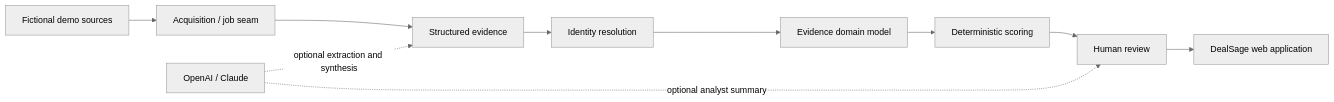
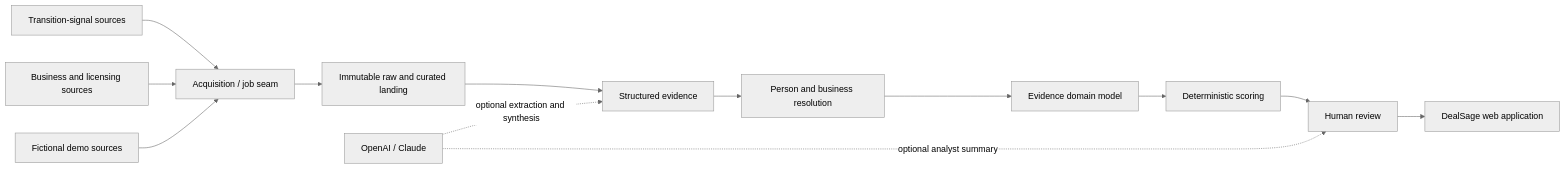
The diagram in docs/architecture/architecture.md (davejensen34/deal-sage), drawn with Mermaid (neutral theme) before and after one commit. The commit also changed other lines of this file and 14 other files, not shown here.

Commit message:
feat: add signal-first curated evidence landing (#23)

````diff
--- a/docs/architecture/architecture.md
+++ b/docs/architecture/architecture.md
@@ -5,12 +5,15 @@
 ```mermaid
 flowchart LR
-  Seed[Fictional demo sources] --> Jobs[Acquisition / job seam]
-  Jobs --> Extract[Structured evidence]
-  Extract --> Resolve[Identity resolution]
+  Signal[Transition-signal sources] --> Jobs[Acquisition / job seam]
+  Registry[Business and licensing sources] --> Jobs
+  Seed[Fictional demo sources] --> Jobs
+  Jobs --> Landing[Immutable raw and curated landing]
+  Landing --> Extract[Structured evidence]
+  Extract --> Resolve[Person and business resolution]
   Resolve --> Graph[Evidence domain model]
   Graph --> Score[Deterministic scoring]
   Score --> Review[Human review]
   Review --> App[DealSage web application]
   AI[OpenAI / Claude] -. optional extraction and synthesis .-> Extract
   AI -. optional analyst summary .-> Review
 ```
````
